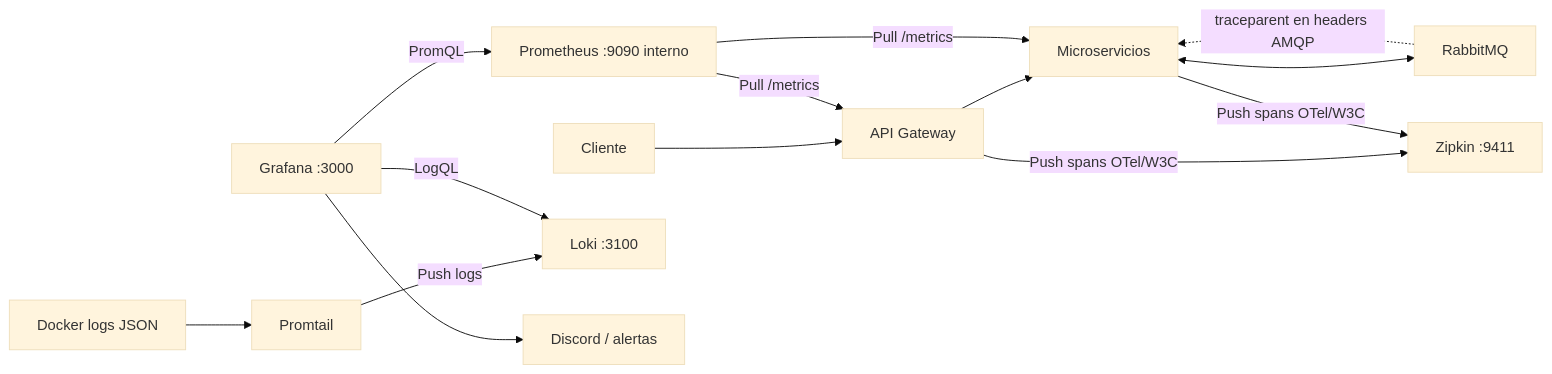
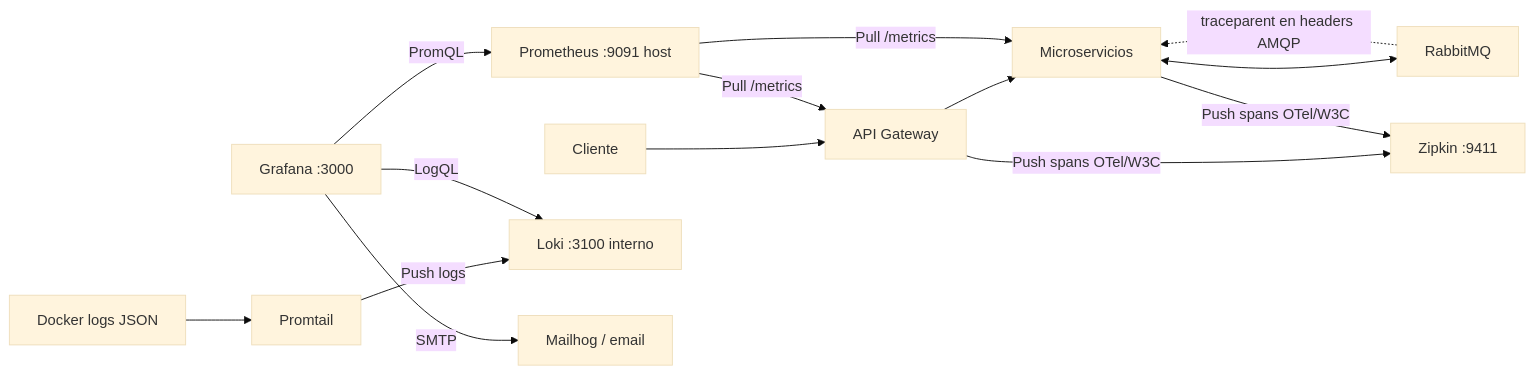
The first of 2 diagrams in README.md (juan-contrerasM/microservicios), drawn with Mermaid (base theme) before and after one commit. The commit also changed other lines of this file and 30 other files, not shown here.

````diff
--- a/README.md
+++ b/README.md
@@ -54,18 +109,18 @@
 ```mermaid
 flowchart LR
     C[Cliente] --> G[API Gateway]
     G --> S[Microservicios]
     S <--> R[RabbitMQ]
 
-    P[Prometheus :9090 interno] -- Pull /metrics --> G
+    P[Prometheus :9091 host] -- Pull /metrics --> G
     P -- Pull /metrics --> S
     G -- Push spans OTel/W3C --> Z[Zipkin :9411]
     S -- Push spans OTel/W3C --> Z
     R -. traceparent en headers AMQP .-> S
 
     D[Docker logs JSON] --> PT[Promtail]
-    PT -- Push logs --> L[Loki :3100]
+    PT -- Push logs --> L[Loki :3100 interno]
     GF[Grafana :3000] -- PromQL --> P
     GF -- LogQL --> L
-    GF --> A[Discord / alertas]
+    GF -- SMTP --> M[Mailhog / email]
 ```
````
